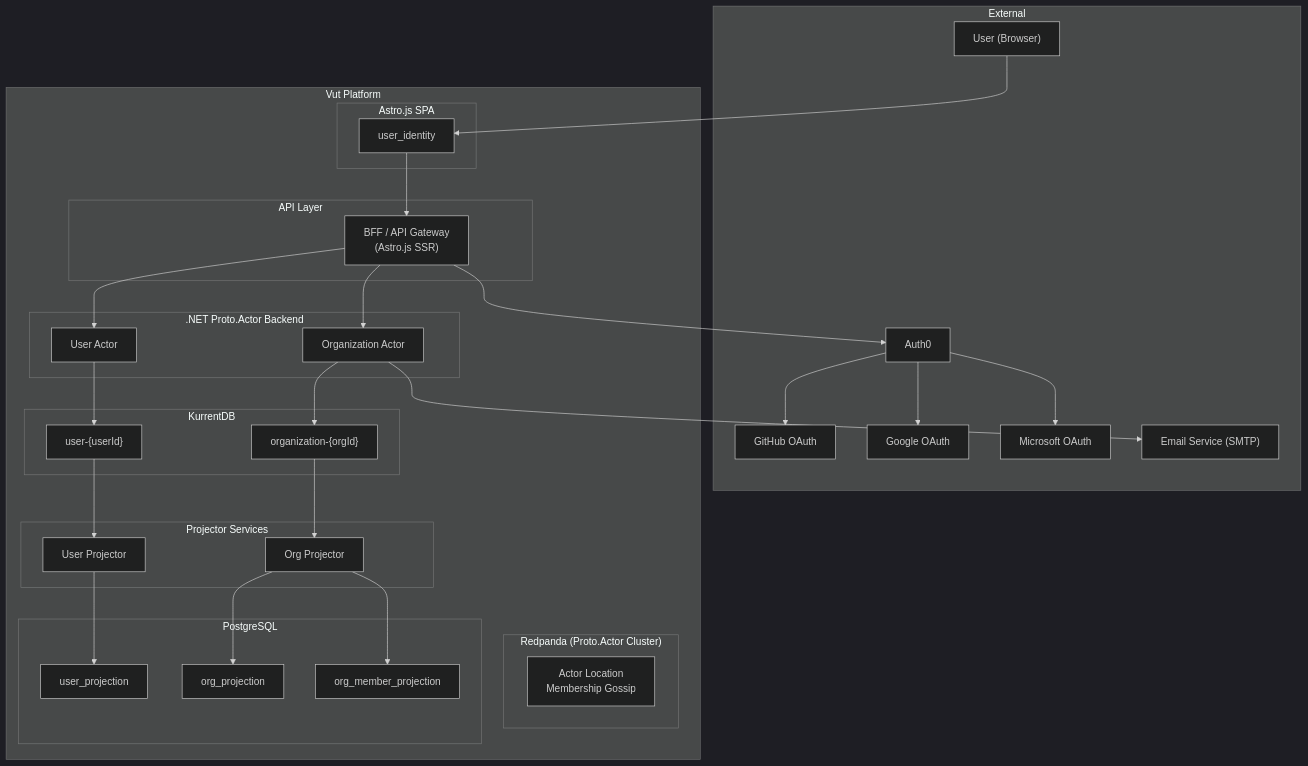
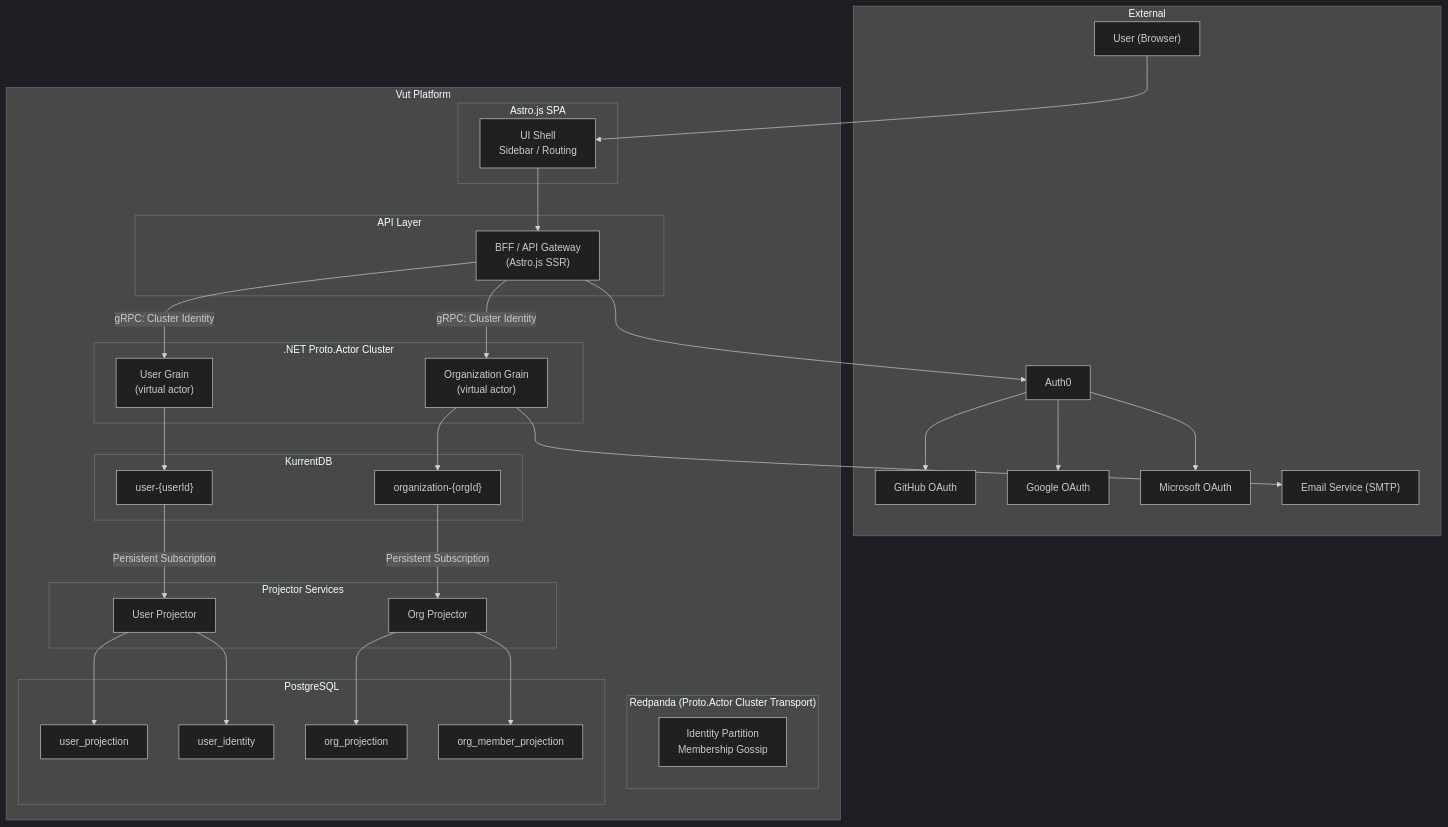
One commit to lekhasy/Vut changed the first of 19 diagrams in epics/01-epic-first-signin-org/architecture/architecture.md. Above: the diagram before and after it, drawn with Mermaid (dark theme). The commit also changed other lines of this file and 4 other files, not shown here.

````diff
--- a/epics/01-epic-first-signin-org/architecture/architecture.md
+++ b/epics/01-epic-first-signin-org/architecture/architecture.md
@@ -7,64 +9,65 @@
 ```mermaid
 graph TB
     subgraph External
         User["User (Browser)"]
         GH["GitHub OAuth"]
         Google["Google OAuth"]
         MS["Microsoft OAuth"]
         Auth0["Auth0"]
         SMTP["Email Service (SMTP)"]
     end
 
     subgraph Vut Platform
         subgraph Frontend["Astro.js SPA"]
             UI["UI Shell<br/>Sidebar / Routing"]
         end
 
         subgraph API["API Layer"]
             BFF["BFF / API Gateway<br/>(Astro.js SSR)"]
         end
 
-        subgraph Backend[".NET Proto.Actor Backend"]
-            UA["User Actor"]
-            OA["Organization Actor"]
+        subgraph Backend[".NET Proto.Actor Cluster"]
+            UA["User Grain<br/>(virtual actor)"]
+            OA["Organization Grain<br/>(virtual actor)"]
         end
 
         subgraph EventStore["KurrentDB"]
             US["user-{userId}"]
             OS["organization-{orgId}"]
         end
 
-        subgraph Cluster["Redpanda (Proto.Actor Cluster)"]
-            CL["Actor Location<br/>Membership Gossip"]
+        subgraph Cluster["Redpanda (Proto.Actor Cluster Transport)"]
+            CL["Identity Partition<br/>Membership Gossip"]
         end
 
         subgraph ReadModel["PostgreSQL"]
             UP["user_projection"]
-            UI["user_identity"]
+            UI2["user_identity"]
             OP["org_projection"]
             OMP["org_member_projection"]
         end
 
         subgraph Projectors["Projector Services"]
             PU["User Projector"]
             PO["Org Projector"]
         end
     end
 
     User --> UI
     UI --> BFF
     BFF --> Auth0
     Auth0 --> GH
     Auth0 --> Google
     Auth0 --> MS
-    BFF --> UA
-    BFF --> OA
+    BFF -->|gRPC: Cluster Identity| UA
+    BFF -->|gRPC: Cluster Identity| OA
     UA --> US
     OA --> OS
-    US --> PU
-    OS --> PO
+    US -->|Persistent Subscription| PU
+    OS -->|Persistent Subscription| PO
     PU --> UP
+    PU --> UI2
     PO --> OP
     PO --> OMP
     OA --> SMTP
 ```
````
